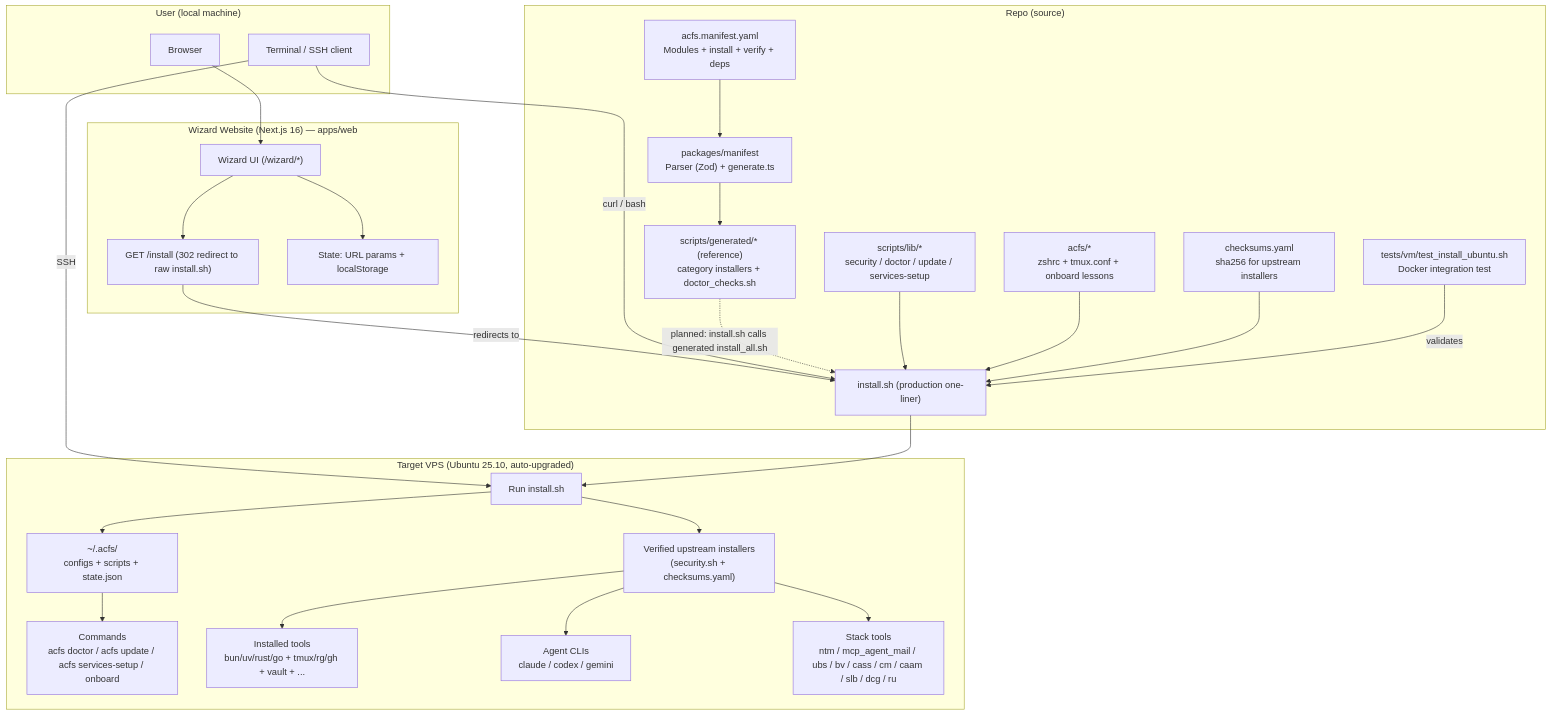
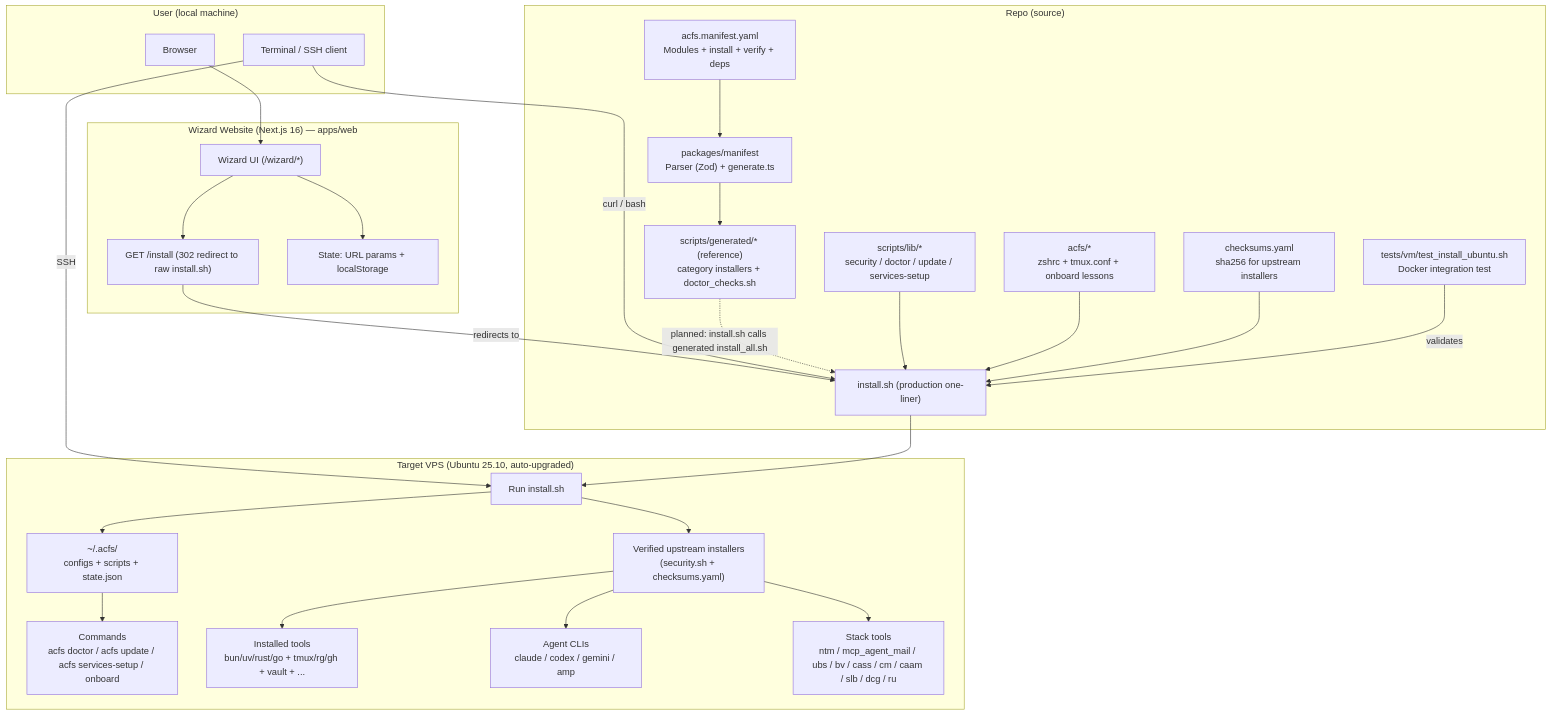
One commit to deepakdgupta1/agentic-coding changed the second of 3 diagrams in README.md. Above: the diagram before and after it, drawn with Mermaid. The commit also changed other lines of this file and 94 other files, not shown here.

````diff
--- a/README.md
+++ b/README.md
@@ -166,65 +175,65 @@
 ```mermaid
 flowchart TB
   %% User and website
   subgraph U["User (local machine)"]
     Browser["Browser"]
     Terminal["Terminal / SSH client"]
   end
 
   subgraph W["Wizard Website (Next.js 16) — apps/web"]
     Wizard["Wizard UI (/wizard/*)"]
     InstallRoute["GET /install (302 redirect to raw install.sh)"]
     WebState["State: URL params + localStorage"]
   end
 
   %% Repo sources
   subgraph R["Repo (source)"]
     Manifest["acfs.manifest.yaml<br/>Modules + install + verify + deps"]
     Generator["packages/manifest<br/>Parser (Zod) + generate.ts"]
     Generated["scripts/generated/* (reference)<br/>category installers + doctor_checks.sh"]
     Installer["install.sh (production one-liner)"]
     Lib["scripts/lib/*<br/>security / doctor / update / services-setup"]
     Configs["acfs/*<br/>zshrc + tmux.conf + onboard lessons"]
     Checksums["checksums.yaml<br/>sha256 for upstream installers"]
     Tests["tests/vm/test_install_ubuntu.sh<br/>Docker integration test"]
   end
 
   %% Target VPS
   subgraph V["Target VPS (Ubuntu 25.10, auto-upgraded)"]
     Run["Run install.sh"]
     Verify["Verified upstream installers<br/>(security.sh + checksums.yaml)"]
     AcfsHome["~/.acfs/<br/>configs + scripts + state.json"]
     Commands["Commands<br/>acfs doctor / acfs update / acfs services-setup / onboard"]
     Tools["Installed tools<br/>bun/uv/rust/go + tmux/rg/gh + vault + ..."]
-    Agents["Agent CLIs<br/>claude / codex / gemini"]
+    Agents["Agent CLIs<br/>claude / codex / gemini / amp"]
     Stack["Stack tools<br/>ntm / mcp_agent_mail / ubs / bv / cass / cm / caam / slb / dcg / ru"]
   end
 
   %% Website guidance flow
   Browser --> Wizard
   Wizard --> WebState
   Wizard --> InstallRoute
   InstallRoute -->|redirects to| Installer
 
   %% How users fetch/run the installer
   Terminal -->|curl / bash| Installer
   Terminal -->|SSH| Run
 
   %% Manifest-driven generation (reference today)
   Manifest --> Generator --> Generated
   Generated -.->|planned: install.sh calls generated install_all.sh| Installer
 
   %% Installer composition
   Lib --> Installer
   Configs --> Installer
   Checksums --> Installer
   Tests -->|validates| Installer
 
   %% VPS install results
   Installer --> Run
   Run --> Verify
   Verify --> Tools
   Verify --> Agents
   Verify --> Stack
   Run --> AcfsHome --> Commands
 ```
````
